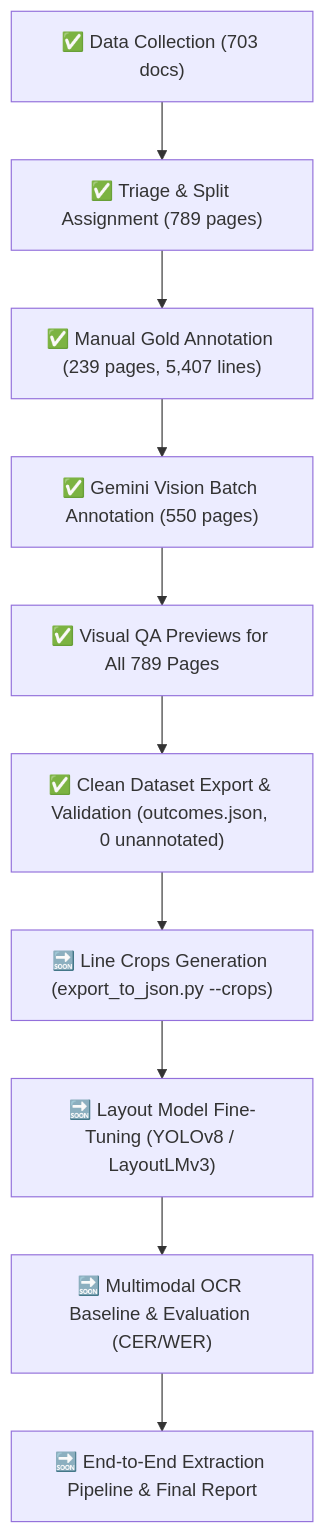
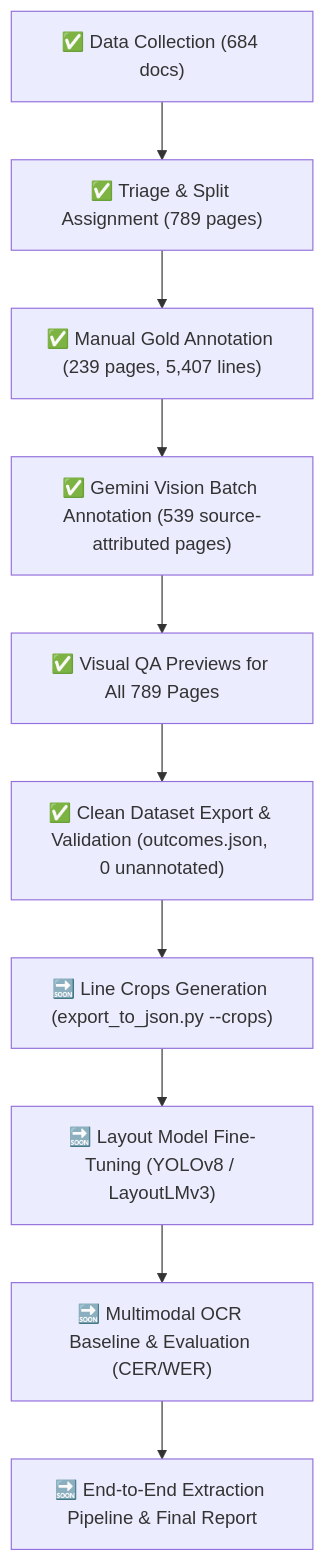
One commit to AleenaAhmed007/Nastaliq-Document-Intelligence changed the diagram in PROJECT_DOCUMENTATION.md. Above: the diagram before and after it, drawn with Mermaid. The commit also changed other lines of this file and 17 other files, not shown here.

````diff
--- a/PROJECT_DOCUMENTATION.md
+++ b/PROJECT_DOCUMENTATION.md
@@ -421,12 +444,12 @@
 ```mermaid
 flowchart TD
-    A["✅ Data Collection (703 docs)"] --> B["✅ Triage & Split Assignment (789 pages)"]
+    A["✅ Data Collection (684 docs)"] --> B["✅ Triage & Split Assignment (789 pages)"]
     B --> C["✅ Manual Gold Annotation (239 pages, 5,407 lines)"]
-    C --> D["✅ Gemini Vision Batch Annotation (550 pages)"]
+    C --> D["✅ Gemini Vision Batch Annotation (539 source-attributed pages)"]
     D --> E["✅ Visual QA Previews for All 789 Pages"]
     E --> F["✅ Clean Dataset Export & Validation (outcomes.json, 0 unannotated)"]
     F --> G["🔜 Line Crops Generation (export_to_json.py --crops)"]
     G --> H["🔜 Layout Model Fine-Tuning (YOLOv8 / LayoutLMv3)"]
     H --> I["🔜 Multimodal OCR Baseline & Evaluation (CER/WER)"]
     I --> J["🔜 End-to-End Extraction Pipeline & Final Report"]
 ```
````
